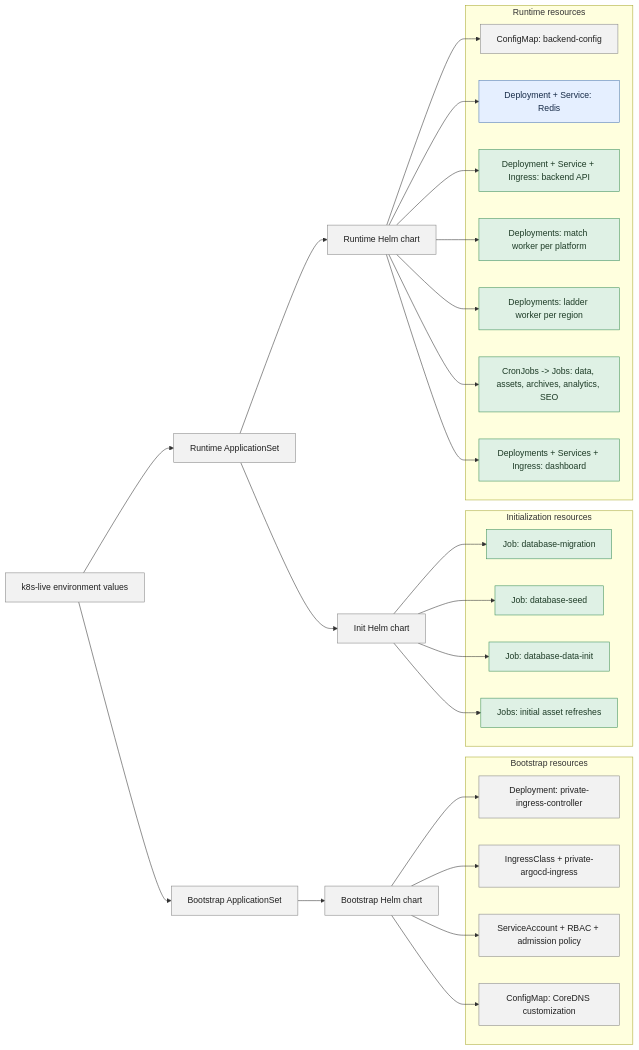
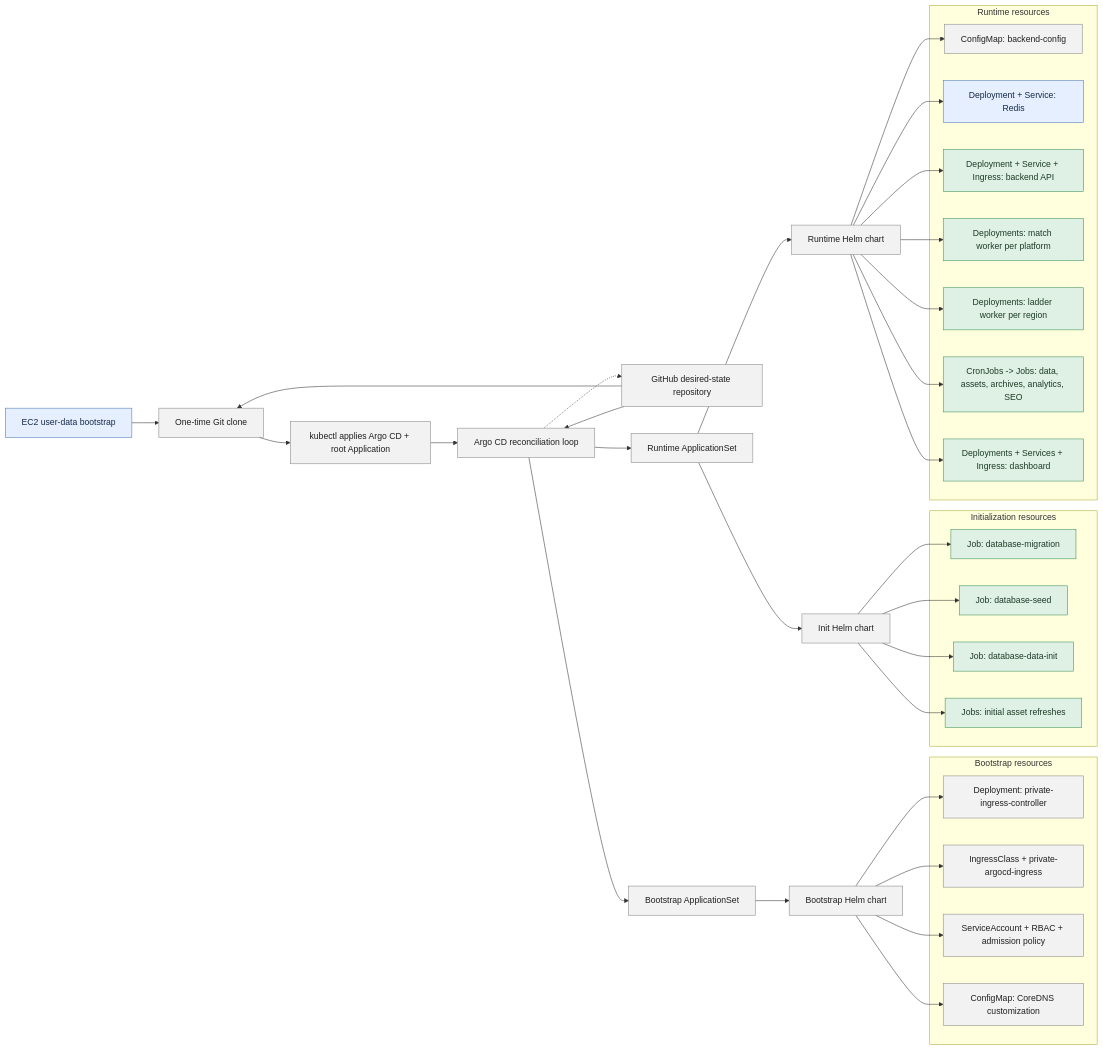
Before and after one commit to winrates-gg/wrgg-public-documentation: the second of 3 diagrams in docs/kubernetes-runtime.md, drawn with Mermaid. The commit also changed other lines of this file, not shown here.

Commit message:
Testing cluster resource diagram rendering in Github mermaid renderer

````diff
--- a/docs/kubernetes-runtime.md
+++ b/docs/kubernetes-runtime.md
@@ -96,66 +131,75 @@
 ```mermaid
 flowchart LR
-    Desired[k8s-live environment values]
+    BootstrapGateway[EC2 user-data bootstrap]
+    Clone[One-time Git clone]
+    Desired[GitHub desired-state repository]
+    RootApply[kubectl applies Argo CD + root Application]
+    Argo[Argo CD reconciliation loop]
     BootstrapSet[Bootstrap ApplicationSet]
     RuntimeSet[Runtime ApplicationSet]
     BootstrapChart[Bootstrap Helm chart]
     InitChart[Init Helm chart]
     RuntimeChart[Runtime Helm chart]
 
     subgraph BootstrapResources[Bootstrap resources]
         IngressController["Deployment: private-ingress-controller"]
         IngressResources["IngressClass + private-argocd-ingress"]
         AccessResources["ServiceAccount + RBAC + admission policy"]
         DNSResource["ConfigMap: CoreDNS customization"]
     end
 
     subgraph InitResources[Initialization resources]
         Migration["Job: database-migration"]
         Seed["Job: database-seed"]
         DataInit["Job: database-data-init"]
         AssetInit["Jobs: initial asset refreshes"]
     end
 
     subgraph RuntimeResources[Runtime resources]
         Config["ConfigMap: backend-config"]
         RedisResource["Deployment + Service: Redis"]
         APIResource["Deployment + Service + Ingress: backend API"]
         MatchWorkers["Deployments: match worker per platform"]
         LadderWorkers["Deployments: ladder worker per region"]
         Recurring["CronJobs -> Jobs: data, assets, archives, analytics, SEO"]
         DashboardResources["Deployments + Services + Ingress: dashboard"]
     end
 
-    Desired --> BootstrapSet
-    Desired --> RuntimeSet
+    BootstrapGateway --> Clone --> RootApply --> Argo
+    Desired --> Clone
+    Desired --> Argo
+    Argo -.-> Desired
+    Argo --> BootstrapSet
+    Argo --> RuntimeSet
     BootstrapSet --> BootstrapChart
     RuntimeSet --> InitChart
     RuntimeSet --> RuntimeChart
 
     BootstrapChart --> IngressController
     BootstrapChart --> IngressResources
     BootstrapChart --> AccessResources
     BootstrapChart --> DNSResource
 
     InitChart --> Migration
     InitChart --> Seed
     InitChart --> DataInit
     InitChart --> AssetInit
 
     RuntimeChart --> Config
     RuntimeChart --> RedisResource
     RuntimeChart --> APIResource
     RuntimeChart --> MatchWorkers
     RuntimeChart --> LadderWorkers
     RuntimeChart --> Recurring
     RuntimeChart --> DashboardResources
 
     classDef neutral fill:#f2f2f2,stroke:#858585,color:#202020
     classDef app fill:#dff1e5,stroke:#3b8f5a,color:#1d3b26
     classDef aws fill:#e5efff,stroke:#4c78b8,color:#162a47
 
-    class Desired,BootstrapSet,RuntimeSet,BootstrapChart,InitChart,RuntimeChart neutral
+    class Clone,Desired,RootApply,Argo,BootstrapSet,RuntimeSet,BootstrapChart,InitChart,RuntimeChart neutral
+    class BootstrapGateway aws
     class IngressController,IngressResources,AccessResources,DNSResource,Config neutral
     class Migration,Seed,DataInit,AssetInit,APIResource,MatchWorkers,LadderWorkers,Recurring,DashboardResources app
     class RedisResource aws
 ```
````
